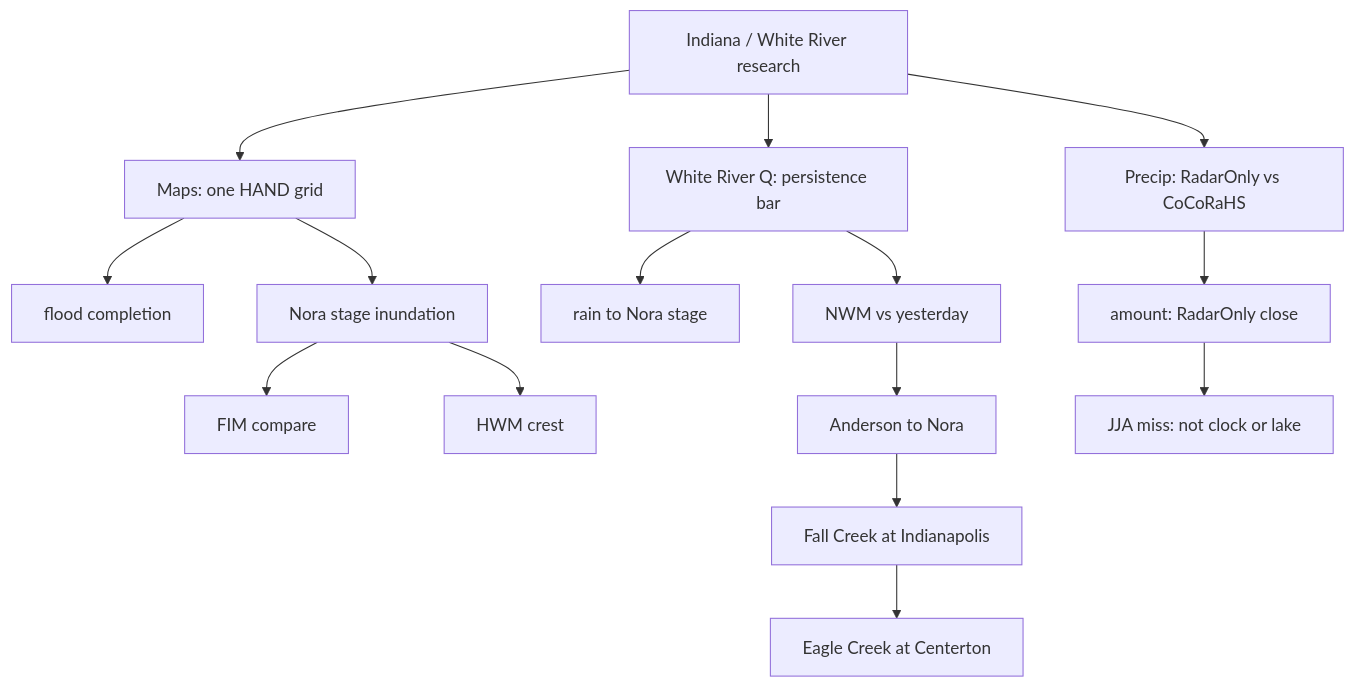
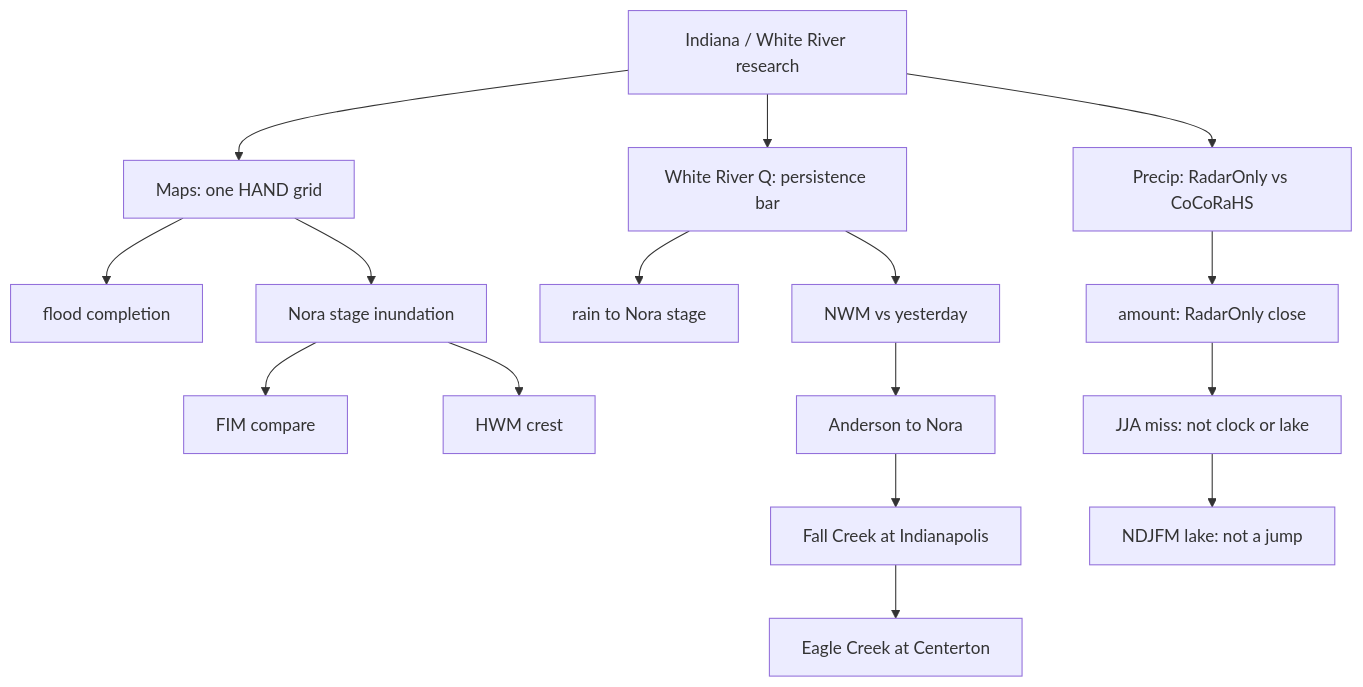
The diagram in RESEARCH.md (martialsystems/.github), drawn with Mermaid before and after one commit. The commit also changed other lines of this file and 3 other files, not shown here.

First line of the commit message:
Add NDJFM winter lake miss to the precip lane.

````diff
--- a/RESEARCH.md
+++ b/RESEARCH.md
@@ -40,18 +42,19 @@
 ```mermaid
 flowchart TD
   R["Indiana / White River research"]
   R --> M["Maps: one HAND grid"]
   R --> Q["White River Q: persistence bar"]
   R --> P["Precip: RadarOnly vs CoCoRaHS"]
   M --> M1["flood completion"]
   M --> M2["Nora stage inundation"]
   M2 --> M3["FIM compare"]
   M2 --> M4["HWM crest"]
   Q --> Q1["rain to Nora stage"]
   Q --> Q2["NWM vs yesterday"]
   Q2 --> Q3["Anderson to Nora"]
   Q3 --> Q4["Fall Creek at Indianapolis"]
   Q4 --> Q5["Eagle Creek at Centerton"]
   P --> P1["amount: RadarOnly close"]
   P1 --> P2["JJA miss: not clock or lake"]
+  P2 --> P3["NDJFM lake: not a jump"]
 ```
````
